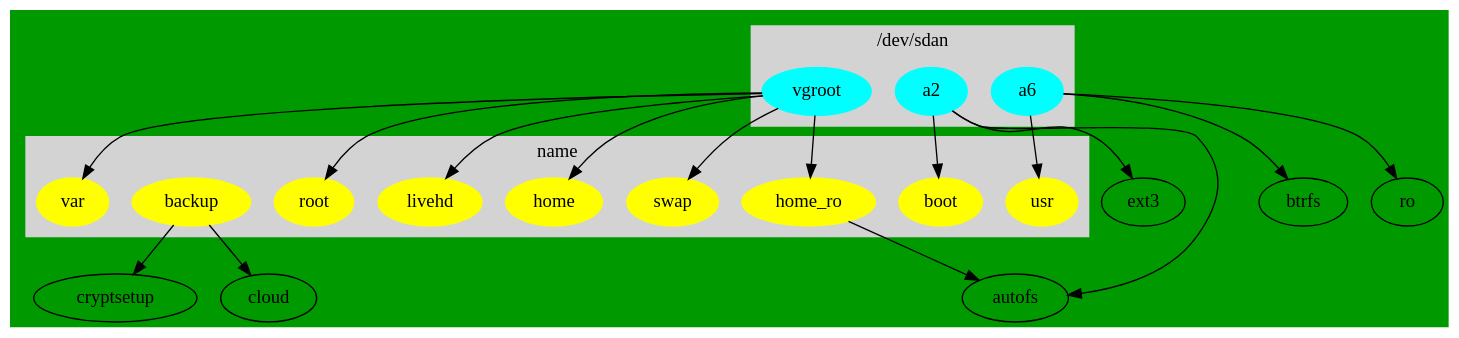
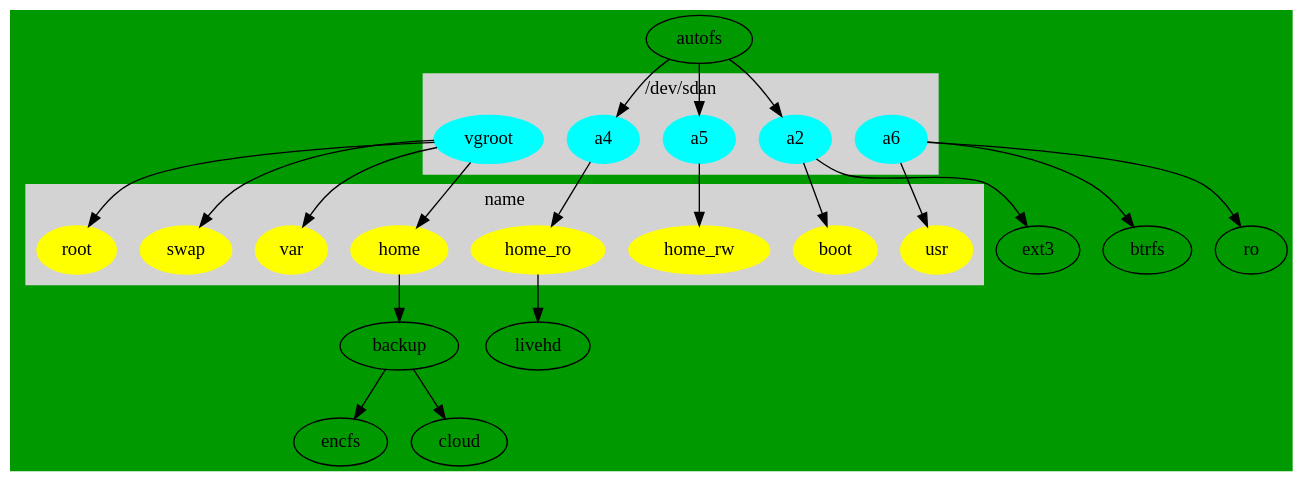
Before and after one commit to cdede/dotfiles: the diagram in dot/.config/dupl/parted.dot, drawn with Graphviz.

Commit message:
encfs without sudo

```diff
--- a/dot/.config/dupl/parted.dot
+++ b/dot/.config/dupl/parted.dot
@@ -1,47 +1,51 @@
 // dot -Tpng  parted.dot -o line1.png
 //  default ext4
 digraph G {
   bgcolor ="#009900";
 
 	subgraph cluster_0 {
 		style=filled;
 		color=lightgrey;
 		node [style=filled,color=cyan];
 		a2 ;
                 vgroot;
+                a4;
+                a5;
                 a6;
 		label = "/dev/sdan";
 	}
 
 	subgraph cluster_2 {
 		style=filled;
 		color=lightgrey;
 		node [style=filled,color=yellow];
 		boot;
-		backup;
-                livehd;
 		root ;
                 usr;
                 var;
 		swap;
 		home;
                 home_ro;
+                home_rw;
 		label = "name";
 	}
 
 	a2 -> boot;
 	a2 -> ext3;
-	a2 -> autofs;
+	autofs->a2;
+	autofs->a4;
+	autofs->a5;
         vgroot -> swap ;
         vgroot -> root ;
         vgroot -> var ;
         vgroot -> home;
-        vgroot ->livehd;
-        vgroot ->home_ro;
-        home_ro->autofs;
+        home->backup;
+        a4 ->home_ro;
+        home_ro->livehd;
+        a5 ->home_rw;
         a6 -> usr ;
         a6 ->btrfs;
         a6 ->ro;
-        backup -> cryptsetup;
+        backup -> encfs;
         backup -> cloud;
 }
```
